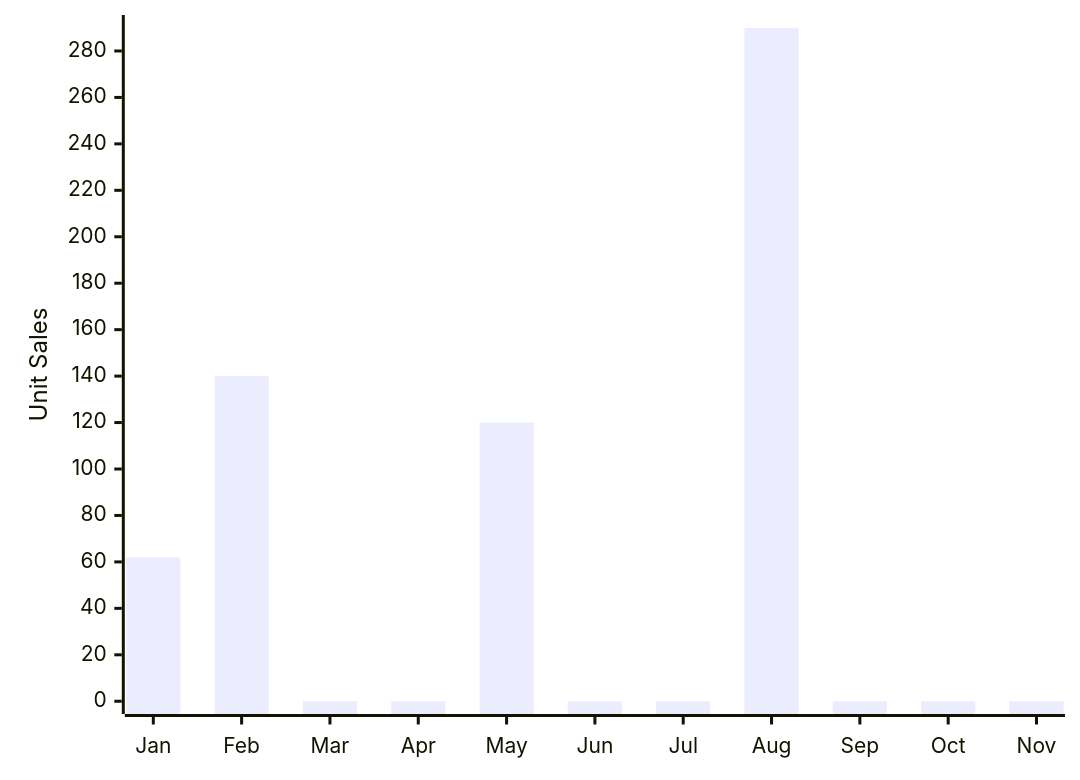
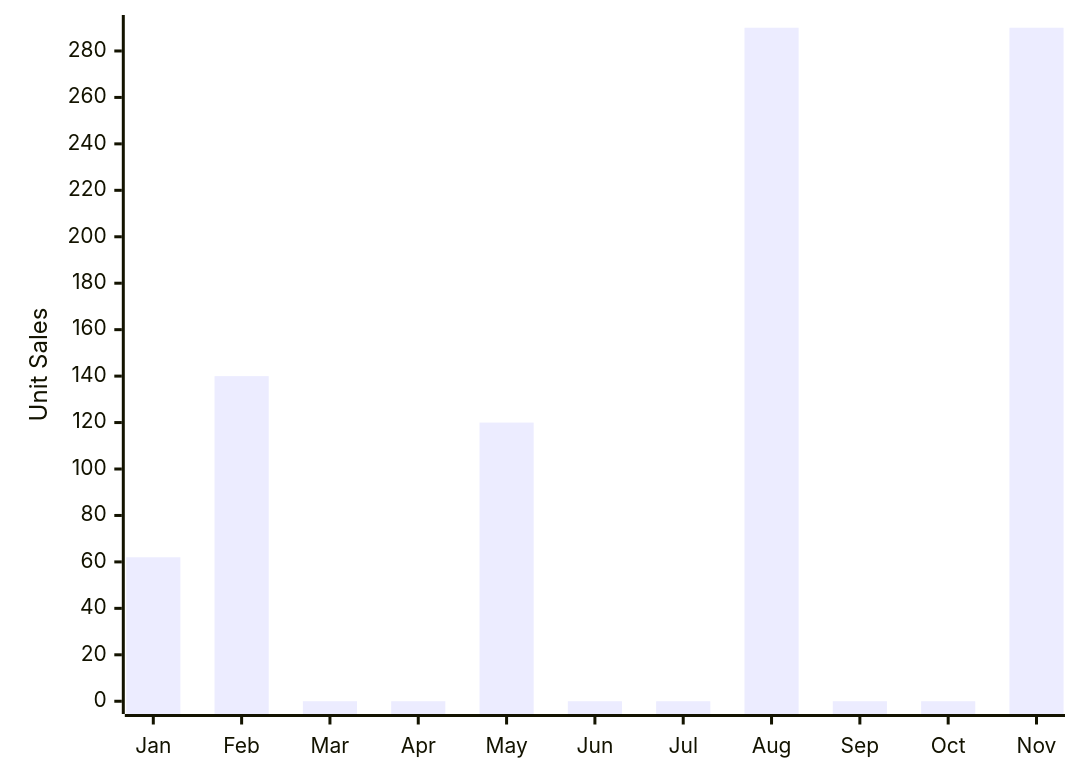
Before and after one commit to up-n-atom/8311: the first of 4 diagrams in docs/discord/group-buys.md, drawn with Mermaid.

Commit message:
discord: add Nov 2024 group buy stat

````diff
--- a/docs/discord/group-buys.md
+++ b/docs/discord/group-buys.md
@@ -24,6 +24,6 @@
 ``` mermaid
 xychart-beta
     x-axis [Jan, Feb, Mar, Apr, May, Jun, Jul, Aug, Sep, Oct, Nov]
     y-axis "Unit Sales" 0 --> 290
-    bar [62, 140, 0, 0, 120, 0, 0, 290, 0, 0, 0]
+    bar [62, 140, 0, 0, 120, 0, 0, 290, 0, 0, 290]
 ```
````
